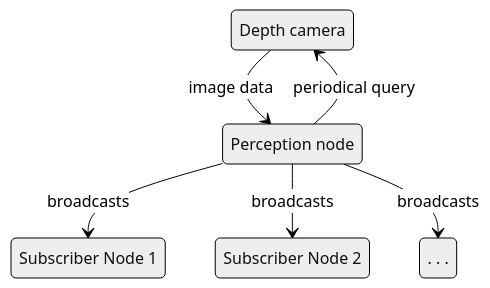
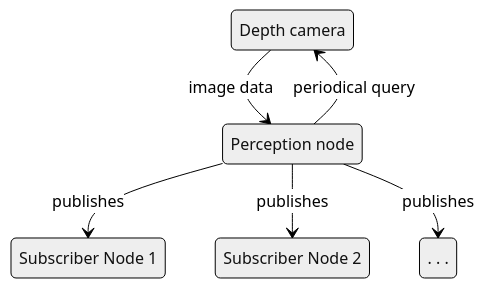
The diagram in assessments/sadrr.md (kanbanyte/sepa), drawn with Mermaid (neutral theme) before and after one commit. The commit also changed other lines of this file, not shown here.

````diff
--- a/assessments/sadrr.md
+++ b/assessments/sadrr.md
@@ -105,17 +99,17 @@
 ```mermaid
 stateDiagram-v2
 	direction TB
 	state "Depth camera" as Camera
 	state "Perception node" as PerceptionNode
 	state "Subscriber Node 1" as Subscriber1
 	state "Subscriber Node 2" as Subscriber2
 	state " . .  ." as OtherSubscribers
 
 
 	PerceptionNode --> Camera: periodical query
 	Camera --> PerceptionNode: image data
 
-	PerceptionNode --> Subscriber1: broadcasts
-	PerceptionNode --> Subscriber2: broadcasts
-	PerceptionNode --> OtherSubscribers: broadcasts
+	PerceptionNode --> Subscriber1: publishes
+	PerceptionNode --> Subscriber2: publishes
+	PerceptionNode --> OtherSubscribers: publishes
 ```
````
